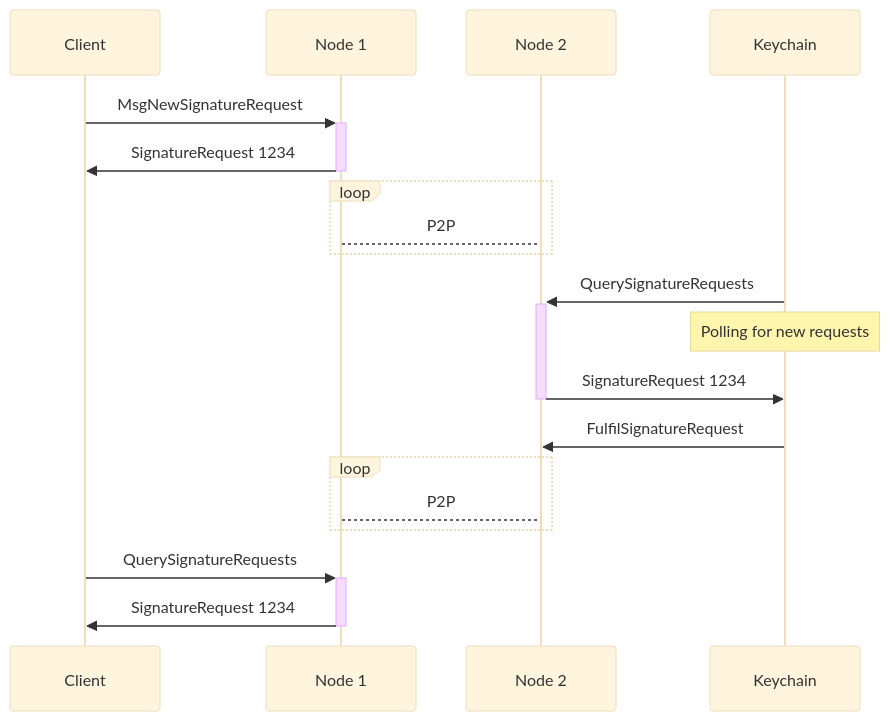
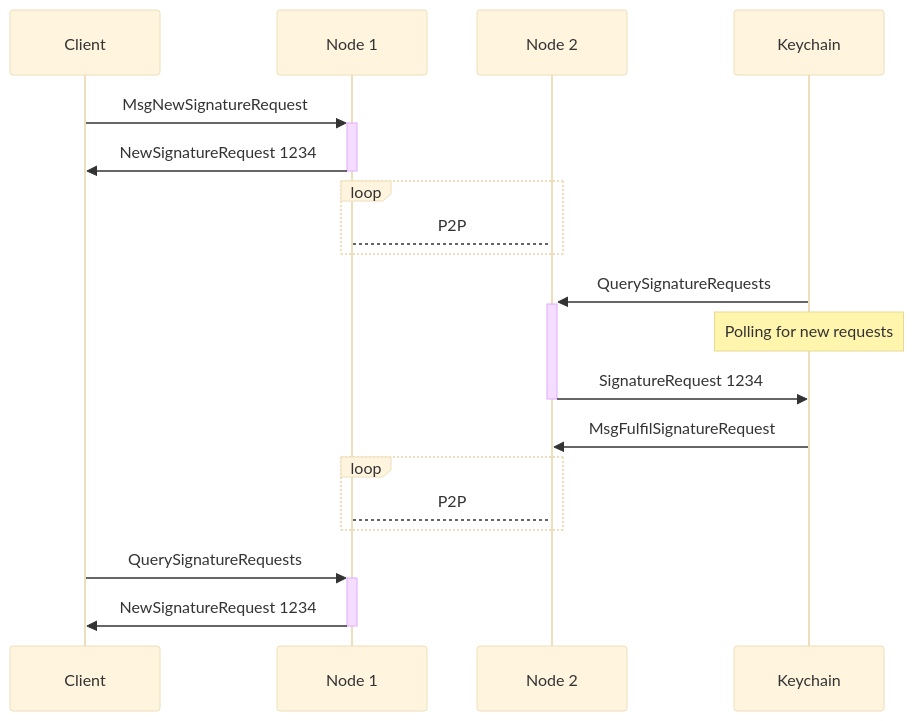
The second of 2 diagrams in docs/docs/learn/request-flow.md (warden-protocol/wardenprotocol), drawn with Mermaid (base theme) before and after one commit. The commit also changed other lines of this file and 11 other files, not shown here.

Commit message:
request flow and other updates

````diff
--- a/docs/docs/learn/request-flow.md
+++ b/docs/docs/learn/request-flow.md
@@ -124,21 +126,21 @@
 ```mermaid
 sequenceDiagram
     Client->>+Node 1: MsgNewSignatureRequest
-    Node 1->>-Client: SignatureRequest 1234
+    Node 1->>-Client: NewSignatureRequest 1234
 
     loop
         Node 1-->Node 2: P2P
     end
 
     Keychain->>+Node 2: QuerySignatureRequests
     note over Keychain: Polling for new requests
     Node 2->>-Keychain: SignatureRequest 1234
-    Keychain->>Node 2: FulfilSignatureRequest
+    Keychain->>Node 2: MsgFulfilSignatureRequest
 
     loop
         Node 1-->Node 2: P2P
     end
 
     Client->>+Node 1: QuerySignatureRequests
-    Node 1->>-Client: SignatureRequest 1234
+    Node 1->>-Client: NewSignatureRequest 1234
 ```
````
